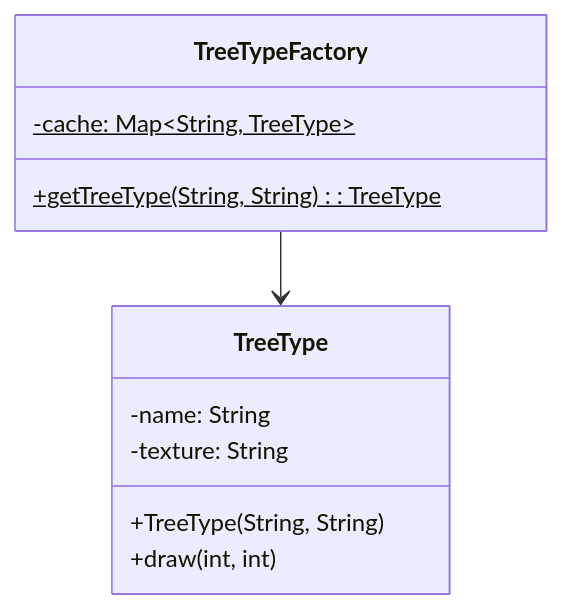
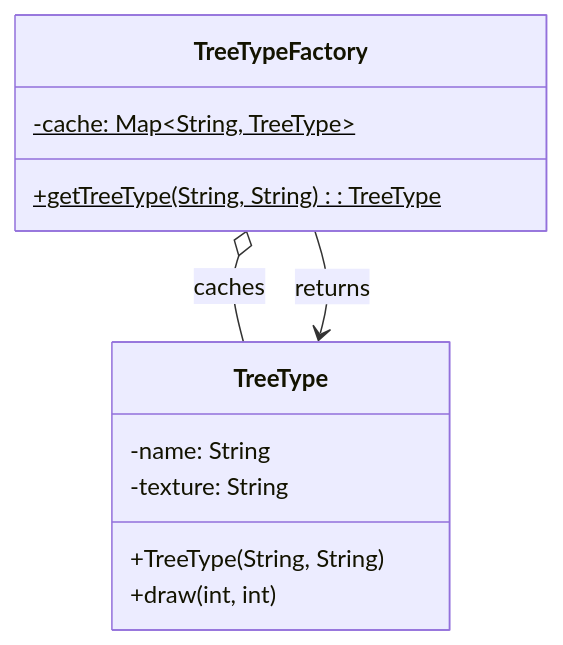
One commit to welldesignedsystem/welldesignedsystem.github.io changed diagram 11 of 23 in content/english/blog/system_design/core_design_patterns.md. Above: the diagram before and after it, drawn with Mermaid. The commit also changed other lines of this file and 1 other file, not shown here.

````diff
--- a/content/english/blog/system_design/core_design_patterns.md
+++ b/content/english/blog/system_design/core_design_patterns.md
@@ -870,14 +887,15 @@
 ```mermaid
 classDiagram
     class TreeType {
         -name: String
         -texture: String
         +TreeType(String, String)
         +draw(int, int)
     }
     class TreeTypeFactory {
         -cache: Map~String, TreeType~$
         +getTreeType(String, String): TreeType$
     }
-    TreeTypeFactory --> TreeType
+    TreeTypeFactory o-- TreeType : caches
+    TreeTypeFactory --> TreeType : returns
 ```
````
